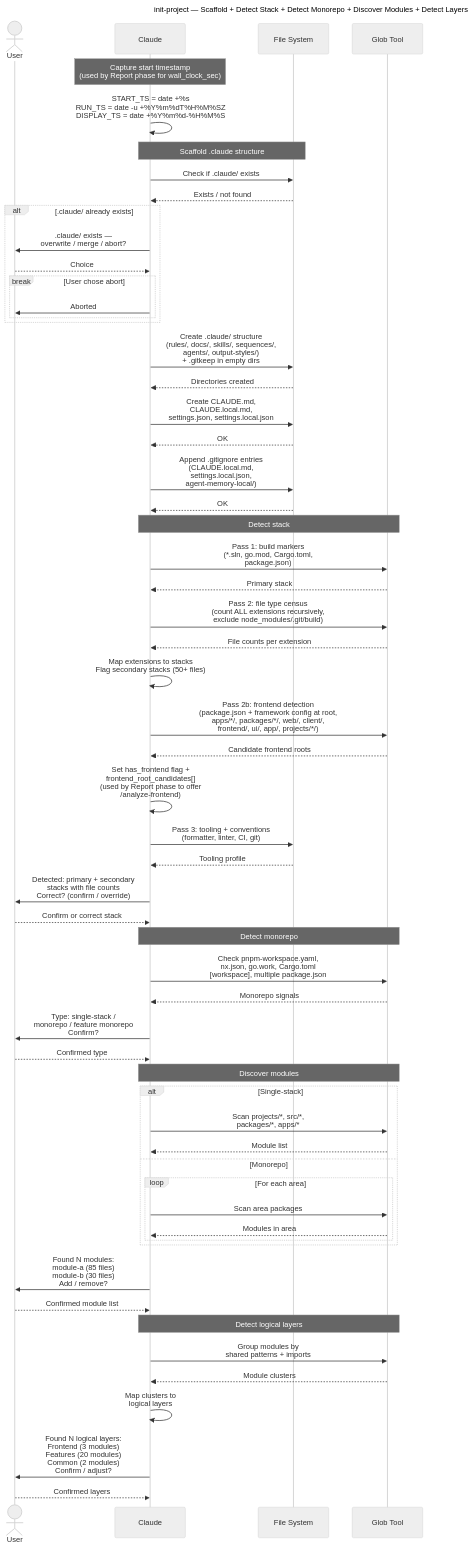
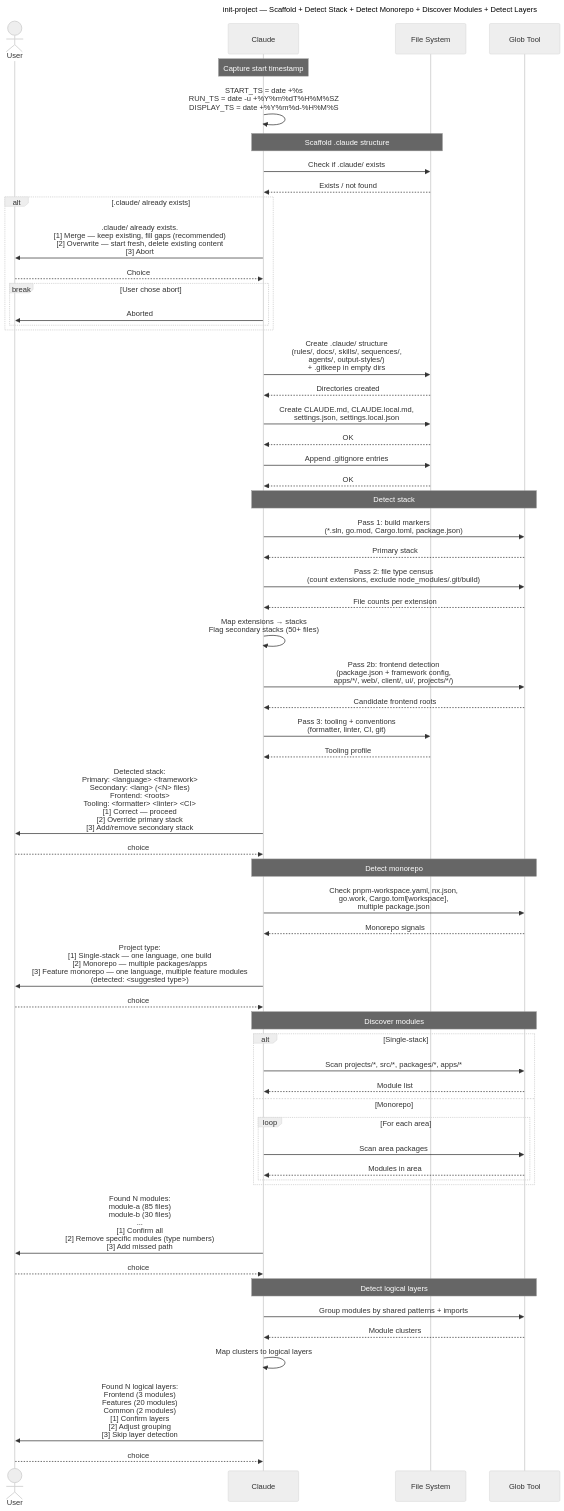
One commit to max200pl/claude-docs-creator-plugin changed the diagram in sequences/init-project/detection-and-discovery.mmd. Above: the diagram before and after it, drawn with Mermaid. The commit also changed 9 other files, not shown here.

First line of the commit message:
Sync from private @ 1d85daf: feat: enhance analyze-frontend user prompts and options for analysis selection

```diff
--- a/sequences/init-project/detection-and-discovery.mmd
+++ b/sequences/init-project/detection-and-discovery.mmd
@@ -1,78 +1,74 @@
 ---
 title: "init-project — Scaffold + Detect Stack + Detect Monorepo + Discover Modules + Detect Layers"
 ---
 %%{init: {'theme': 'neutral'}}%%
 sequenceDiagram
     actor User
     participant Claude
     participant FS as File System
     participant Glob as Glob Tool
 
-    note over Claude: Capture start timestamp<br/>(used by Report phase for wall_clock_sec)
+    note over Claude: Capture start timestamp
     Claude->>Claude: START_TS = date +%s<br/>RUN_TS = date -u +%Y%m%dT%H%M%SZ<br/>DISPLAY_TS = date +%Y%m%d-%H%M%S
 
     note over Claude,FS: Scaffold .claude structure
     Claude->>FS: Check if .claude/ exists
     FS-->>Claude: Exists / not found
 
     alt .claude/ already exists
-        Claude->>User: .claude/ exists —<br/>overwrite / merge / abort?
+        Claude->>User: .claude/ already exists.<br/>[1] Merge — keep existing, fill gaps (recommended)<br/>[2] Overwrite — start fresh, delete existing content<br/>[3] Abort
         User-->>Claude: Choice
         break User chose abort
             Claude->>User: Aborted
         end
     end
 
     Claude->>FS: Create .claude/ structure<br/>(rules/, docs/, skills/, sequences/,<br/>agents/, output-styles/)<br/>+ .gitkeep in empty dirs
     FS-->>Claude: Directories created
-    Claude->>FS: Create CLAUDE.md,<br/>CLAUDE.local.md,<br/>settings.json, settings.local.json
+    Claude->>FS: Create CLAUDE.md, CLAUDE.local.md,<br/>settings.json, settings.local.json
     FS-->>Claude: OK
-    Claude->>FS: Append .gitignore entries<br/>(CLAUDE.local.md,<br/>settings.local.json,<br/>agent-memory-local/)
+    Claude->>FS: Append .gitignore entries
     FS-->>Claude: OK
 
     note over Claude,Glob: Detect stack
-    Claude->>Glob: Pass 1: build markers<br/>(*.sln, go.mod, Cargo.toml,<br/>package.json)
+    Claude->>Glob: Pass 1: build markers<br/>(*.sln, go.mod, Cargo.toml, package.json)
     Glob-->>Claude: Primary stack
-
-    Claude->>Glob: Pass 2: file type census<br/>(count ALL extensions recursively,<br/>exclude node_modules/.git/build)
+    Claude->>Glob: Pass 2: file type census<br/>(count extensions, exclude node_modules/.git/build)
     Glob-->>Claude: File counts per extension
-    Claude->>Claude: Map extensions to stacks<br/>Flag secondary stacks (50+ files)
-
-    Claude->>Glob: Pass 2b: frontend detection<br/>(package.json + framework config at root,<br/>apps/*/, packages/*/, web/, client/,<br/>frontend/, ui/, app/, projects/*/)
+    Claude->>Claude: Map extensions → stacks<br/>Flag secondary stacks (50+ files)
+    Claude->>Glob: Pass 2b: frontend detection<br/>(package.json + framework config,<br/>apps/*/, web/, client/, ui/, projects/*/)
     Glob-->>Claude: Candidate frontend roots
-    Claude->>Claude: Set has_frontend flag +<br/>frontend_root_candidates[]<br/>(used by Report phase to offer<br/>/analyze-frontend)
-
     Claude->>FS: Pass 3: tooling + conventions<br/>(formatter, linter, CI, git)
     FS-->>Claude: Tooling profile
 
-    Claude->>User: Detected: primary + secondary<br/>stacks with file counts<br/>Correct? (confirm / override)
-    User-->>Claude: Confirm or correct stack
+    Claude->>User: Detected stack:<br/>  Primary:   <language> <framework><br/>  Secondary: <lang> (<N> files)<br/>  Frontend:  <roots><br/>  Tooling:   <formatter> <linter> <CI><br/>[1] Correct — proceed<br/>[2] Override primary stack<br/>[3] Add/remove secondary stack
+    User-->>Claude: choice
 
     note over Claude,Glob: Detect monorepo
-    Claude->>Glob: Check pnpm-workspace.yaml,<br/>nx.json, go.work, Cargo.toml<br/>[workspace], multiple package.json
+    Claude->>Glob: Check pnpm-workspace.yaml, nx.json,<br/>go.work, Cargo.toml[workspace],<br/>multiple package.json
     Glob-->>Claude: Monorepo signals
 
-    Claude->>User: Type: single-stack /<br/>monorepo / feature monorepo<br/>Confirm?
-    User-->>Claude: Confirmed type
+    Claude->>User: Project type:<br/>[1] Single-stack — one language, one build<br/>[2] Monorepo — multiple packages/apps<br/>[3] Feature monorepo — one language, multiple feature modules<br/>(detected: <suggested type>)
+    User-->>Claude: choice
 
     note over Claude,Glob: Discover modules
     alt Single-stack
-        Claude->>Glob: Scan projects/*, src/*,<br/>packages/*, apps/*
+        Claude->>Glob: Scan projects/*, src/*, packages/*, apps/*
         Glob-->>Claude: Module list
     else Monorepo
         loop For each area
             Claude->>Glob: Scan area packages
             Glob-->>Claude: Modules in area
         end
     end
 
-    Claude->>User: Found N modules:<br/>module-a (85 files)<br/>module-b (30 files)<br/>Add / remove?
-    User-->>Claude: Confirmed module list
+    Claude->>User: Found N modules:<br/>  module-a  (85 files)<br/>  module-b  (30 files)<br/>  ...<br/>[1] Confirm all<br/>[2] Remove specific modules (type numbers)<br/>[3] Add missed path
+    User-->>Claude: choice
 
     note over Claude,Glob: Detect logical layers
-    Claude->>Glob: Group modules by<br/>shared patterns + imports
+    Claude->>Glob: Group modules by shared patterns + imports
     Glob-->>Claude: Module clusters
-    Claude->>Claude: Map clusters to<br/>logical layers
+    Claude->>Claude: Map clusters to logical layers
 
-    Claude->>User: Found N logical layers:<br/>Frontend (3 modules)<br/>Features (20 modules)<br/>Common (2 modules)<br/>Confirm / adjust?
-    User-->>Claude: Confirmed layers
+    Claude->>User: Found N logical layers:<br/>  Frontend  (3 modules)<br/>  Features  (20 modules)<br/>  Common    (2 modules)<br/>[1] Confirm layers<br/>[2] Adjust grouping<br/>[3] Skip layer detection
+    User-->>Claude: choice
```
